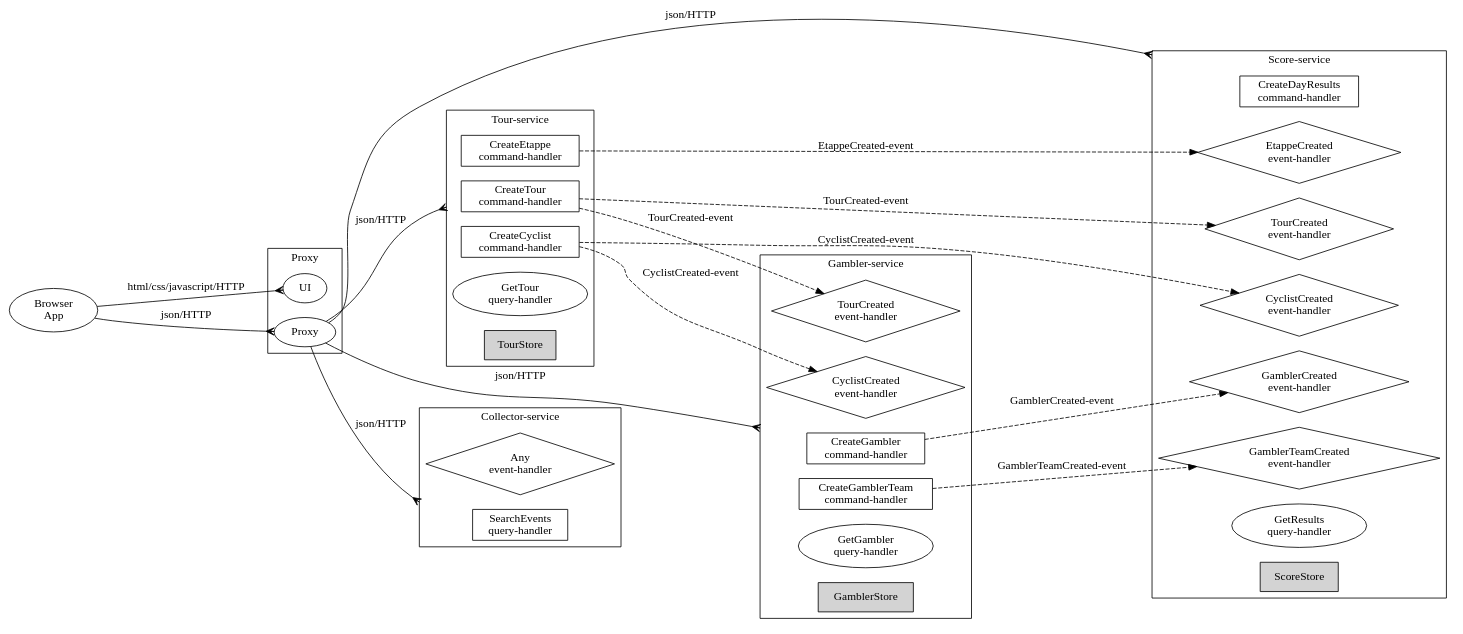
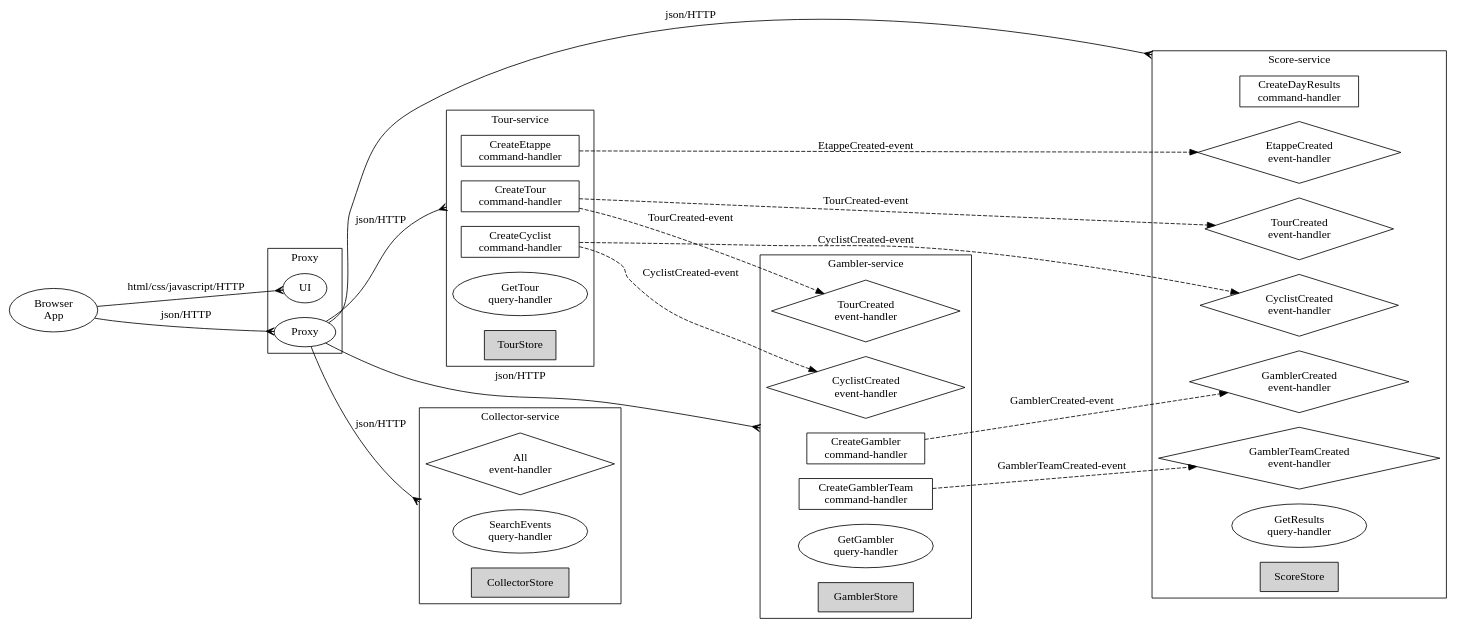
One commit to MarcGrol/microgen changed the diagram in tourApp/doc/graphviz.dot. Above: the diagram before and after it, drawn with Graphviz. The commit also changed 8 other files, not shown here.

Commit message:
better graphviz

```diff
--- a/tourApp/doc/graphviz.dot
+++ b/tourApp/doc/graphviz.dot
@@ -1,125 +1,168 @@
 // Generated automatically by microgen: do not edit manually
 
 digraph G {
     graph [compound=true, rankdir=LR];
 
 	subgraph clusterproxy {
         label="Proxy";
+
         "UI";
         "Proxy";
     }
 
 // services
 
 	subgraph clustertour {
 		
 		label="Tour-service";
+
 		// events
 		
 		// commands
 		
 			 
 				"TourCreateTour"  [label="CreateTour\ncommand-handler", shape=box];
 			
 		
 			 
 				"TourCreateCyclist"  [label="CreateCyclist\ncommand-handler", shape=box];
 			
 		
 			 
 				"TourCreateEtappe"  [label="CreateEtappe\ncommand-handler", shape=box];
 			
 		
 			
 			    "TourGetTour"  [label="GetTour\nquery-handler"];
 			
 		
+		// store
 		"TourStore" [shape=box, style=filled];
 	}
 
 	subgraph clustergambler {
 		
 		label="Gambler-service";
+
 		// events
-		
+		 
+			"GamblerCyclistCreated" [label="CyclistCreated\nevent-handler", shape=diamond];
+		 
 			"GamblerTourCreated" [label="TourCreated\nevent-handler", shape=diamond];
-		
-			"GamblerCyclistCreated" [label="CyclistCreated\nevent-handler", shape=diamond];
 		
 		// commands
 		
 			 
 				"GamblerCreateGambler"  [label="CreateGambler\ncommand-handler", shape=box];
 			
 		
 			 
 				"GamblerCreateGamblerTeam"  [label="CreateGamblerTeam\ncommand-handler", shape=box];
 			
 		
 			
 			    "GamblerGetGambler"  [label="GetGambler\nquery-handler"];
 			
 		
+		// store
 		"GamblerStore" [shape=box, style=filled];
 	}
 
 	subgraph clusterscore {
 		
 		label="Score-service";
+
 		// events
-		
+		 
+			"ScoreGamblerTeamCreated" [label="GamblerTeamCreated\nevent-handler", shape=diamond];
+		 
 			"ScoreTourCreated" [label="TourCreated\nevent-handler", shape=diamond];
-		
+		 
 			"ScoreEtappeCreated" [label="EtappeCreated\nevent-handler", shape=diamond];
-		
+		 
 			"ScoreCyclistCreated" [label="CyclistCreated\nevent-handler", shape=diamond];
-		
+		 
 			"ScoreGamblerCreated" [label="GamblerCreated\nevent-handler", shape=diamond];
-		
-			"ScoreGamblerTeamCreated" [label="GamblerTeamCreated\nevent-handler", shape=diamond];
 		
 		// commands
 		
 			 
 				"ScoreCreateDayResults"  [label="CreateDayResults\ncommand-handler", shape=box];
 			
 		
 			
 			    "ScoreGetResults"  [label="GetResults\nquery-handler"];
 			
 		
+		// store
 		"ScoreStore" [shape=box, style=filled];
 	}
 
 
 	subgraph clustercollector {
 		label="Collector-service";
 		
-		"Any" [label="Any\nevent-handler", shape=diamond];
-		"CollectorSearchEvents"  [label="SearchEvents\nquery-handler", shape=box];
+		"Any" [label="All\nevent-handler", shape=diamond];
+		"CollectorSearchEvents"  [label="SearchEvents\nquery-handler"];
+		"CollectorStore" [shape=box, style=filled];
     }
+
+// legend does not really clear things, so skip
+//    subgraph clusterlegend {
+//		label="Legend";
+//		"CommandHandler"  [label="Command-handler", shape=box];
+//		"EventHandler"  [label="Event-handler", shape=diamond];
+//		"QueryHandler"  [label="Query-handler"];
+//		"Store local to service" [shape=box, style=filled];
+//   }
+//	"CommandHandler" -> "EventHandler" [label="event", style=dashed];
+//    "Client" -> "CommandHandler" [label="command over HTTP"];
+//    "Client" -> "QueryHandler" [label="query over HTTP"];
+
 
 	// edges
 	"Browser\nApp" -> "UI" [label="html/css/javascript/HTTP",arrowhead=crow];
 	"Browser\nApp" -> "Proxy" [label="json/HTTP",arrowhead=crow];
 	
+	// edges for comamnds
 
+	
 	"Proxy" -> "TourCreateTour" [label="json/HTTP", lhead=clustertour, arrowhead=crow];
+	// omit other commands and queries for readability
+	
+	//"Proxy" -> "TourCreateCyclist" [label="json/HTTP", arrowhead=crow];
+	
+	//"Proxy" -> "TourCreateEtappe" [label="json/HTTP", arrowhead=crow];
+	
+	//"Proxy" -> "TourGetTour" [label="json/HTTP", arrowhead=crow];
+	
 
+	
 	"Proxy" -> "GamblerCreateGambler" [label="json/HTTP", lhead=clustergambler, arrowhead=crow];
+	// omit other commands and queries for readability
+	
+	//"Proxy" -> "GamblerCreateGamblerTeam" [label="json/HTTP", arrowhead=crow];
+	
+	//"Proxy" -> "GamblerGetGambler" [label="json/HTTP", arrowhead=crow];
+	
 
+	
 	"Proxy" -> "ScoreCreateDayResults" [label="json/HTTP", lhead=clusterscore, arrowhead=crow];
+	// omit other commands and queries for readability
+	
+	//"Proxy" -> "ScoreGetResults" [label="json/HTTP", arrowhead=crow];
+	
 
 	"Proxy" -> "CollectorSearchEvents" [label="json/HTTP", lhead=clustercollector, arrowhead=crow];
 
-
+	// edges for events
 	"TourCreateTour" -> "GamblerTourCreated" [label="TourCreated-event", style=dashed];
 	"TourCreateTour" -> "ScoreTourCreated" [label="TourCreated-event", style=dashed];
 	"TourCreateCyclist" -> "GamblerCyclistCreated" [label="CyclistCreated-event", style=dashed];
 	"TourCreateCyclist" -> "ScoreCyclistCreated" [label="CyclistCreated-event", style=dashed];
 	"TourCreateEtappe" -> "ScoreEtappeCreated" [label="EtappeCreated-event", style=dashed];
 	"GamblerCreateGambler" -> "ScoreGamblerCreated" [label="GamblerCreated-event", style=dashed];
 	"GamblerCreateGamblerTeam" -> "ScoreGamblerTeamCreated" [label="GamblerTeamCreated-event", style=dashed];
 
 
 }
```
